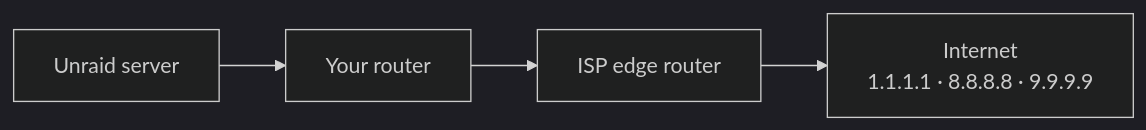
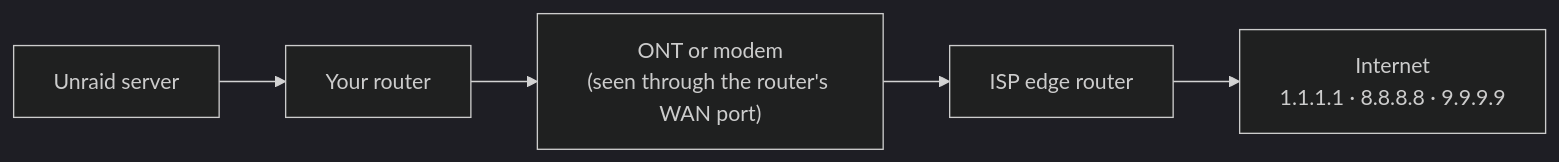
One commit to thedatafiend/unraid-internet-monitor changed the second of 2 diagrams in README.md. Above: the diagram before and after it, drawn with Mermaid (dark theme). The commit also changed other lines of this file and 33 other files, not shown here.

First line of the commit message:
Router WAN status over UPnP, ONT/modem outage cause, brief drops, before/after compare

````diff
--- a/README.md
+++ b/README.md
@@ -108,4 +124,4 @@
 ```mermaid
 flowchart LR
-    server["Unraid server"] --> router["Your router"] --> ispedge["ISP edge router"] --> inet["Internet<br/>1.1.1.1 · 8.8.8.8 · 9.9.9.9"]
+    server["Unraid server"] --> router["Your router"] --> ont["ONT or modem<br/>(seen through the router's WAN port)"] --> ispedge["ISP edge router"] --> inet["Internet<br/>1.1.1.1 · 8.8.8.8 · 9.9.9.9"]
 ```
````
